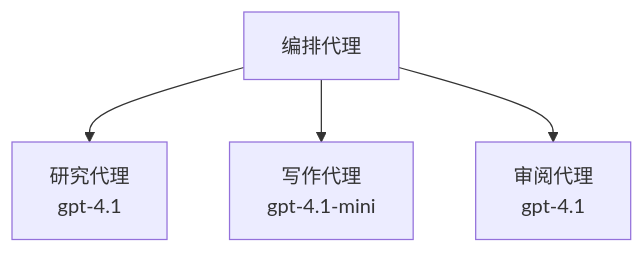
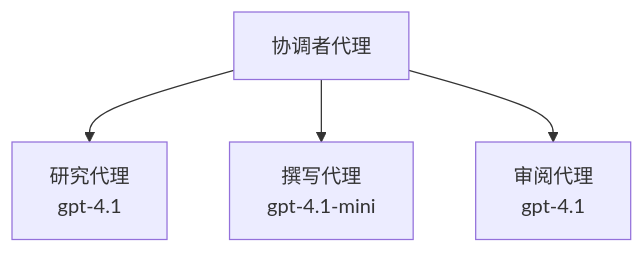
The third of 3 diagrams in translations/zh-CN/docs/chapter-02-ai-development/agents.md (microsoft/AZD-for-beginners), drawn with Mermaid before and after one commit. The commit also changed other lines of this file and 60 other files, not shown here.

````diff
--- a/translations/zh-CN/docs/chapter-02-ai-development/agents.md
+++ b/translations/zh-CN/docs/chapter-02-ai-development/agents.md
@@ -201,6 +201,6 @@
 ```mermaid
 graph TD
-    Orchestrator[编排代理] --> Research[研究代理<br/>gpt-4.1]
-    Orchestrator --> Writer[写作代理<br/>gpt-4.1-mini]
+    Orchestrator[协调者代理] --> Research[研究代理<br/>gpt-4.1]
+    Orchestrator --> Writer[撰写代理<br/>gpt-4.1-mini]
     Orchestrator --> Reviewer[审阅代理<br/>gpt-4.1]
 ```
````
